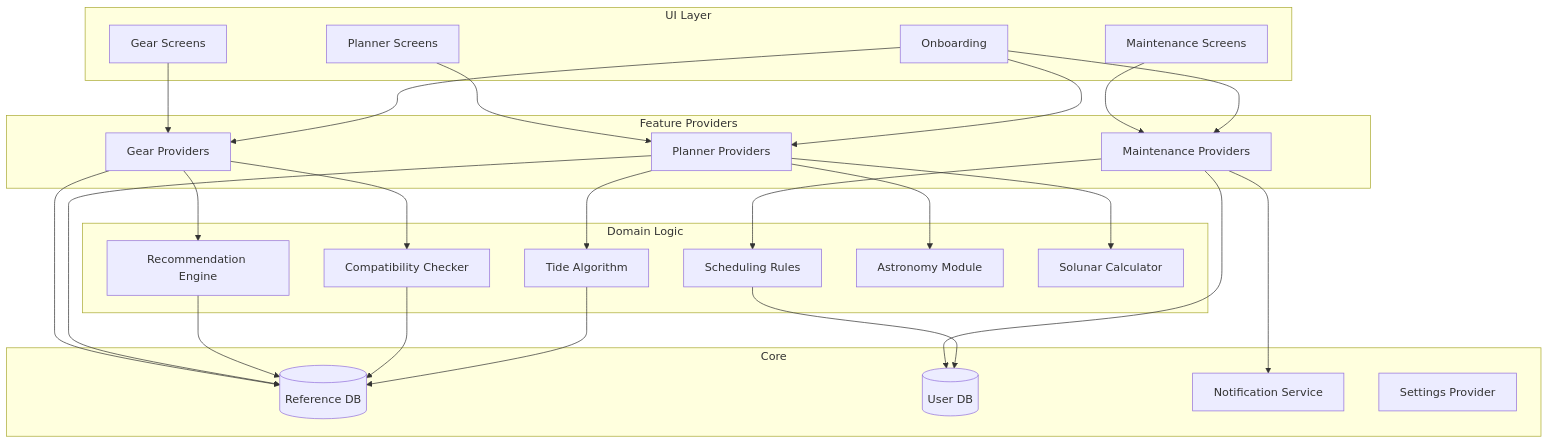
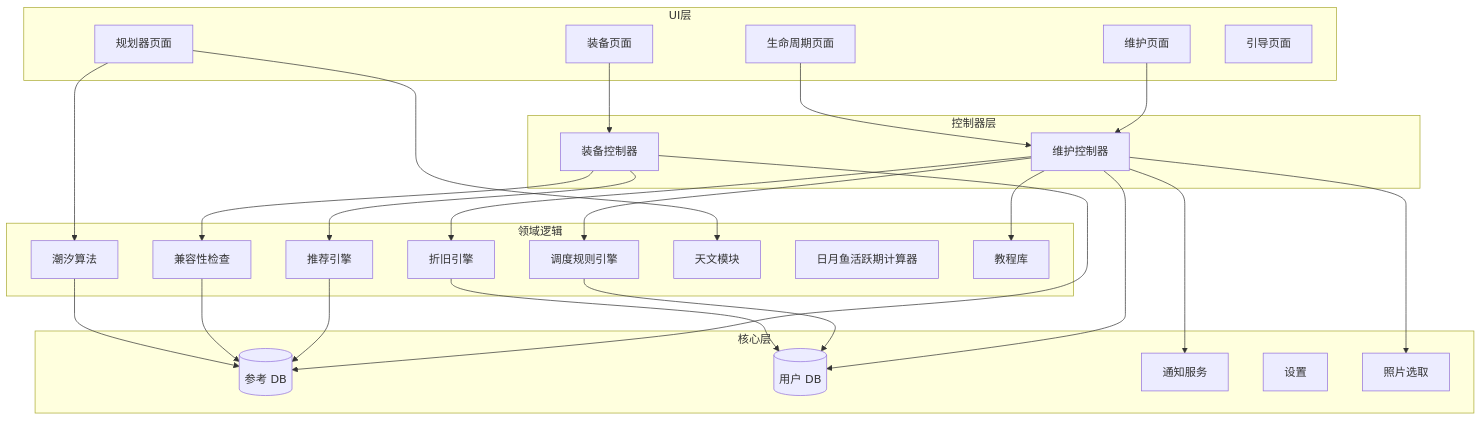
Before and after one commit to AllenNow/GoCasting: the second of 2 diagrams in docs/architecture-GoCasting.md, drawn with Mermaid. The commit also changed other lines of this file and 100 other files, not shown here.

````diff
--- a/docs/architecture-GoCasting.md
+++ b/docs/architecture-GoCasting.md
@@ -222,48 +300,50 @@
 ```mermaid
 graph TB
-    subgraph UI Layer
-        GearUI[Gear Screens]
-        MaintUI[Maintenance Screens]
-        PlanUI[Planner Screens]
-        OnboardUI[Onboarding]
+    subgraph UI层
+        GearUI[装备页面]
+        MaintUI[维护页面]
+        LifecycleUI[生命周期页面]
+        PlanUI[规划器页面]
+        OnboardUI[引导页面]
     end
 
-    subgraph Feature Providers
-        GearP[Gear Providers]
-        MaintP[Maintenance Providers]
-        PlanP[Planner Providers]
+    subgraph 控制器层
+        GearC[装备控制器]
+        MaintC[维护控制器]
     end
 
-    subgraph Domain Logic
-        RecEngine[Recommendation Engine]
-        CompatCheck[Compatibility Checker]
-        SchedEngine[Scheduling Rules]
-        TideAlgo[Tide Algorithm]
-        Astro[Astronomy Module]
-        Solunar[Solunar Calculator]
+    subgraph 领域逻辑
+        RecEngine[推荐引擎]
+        CompatCheck[兼容性检查]
+        SchedEngine[调度规则引擎]
+        DeprecEngine[折旧引擎]
+        TideAlgo[潮汐算法]
+        Astro[天文模块]
+        Solunar[日月鱼活跃期计算器]
+        Tutorials[教程库]
     end
 
-    subgraph Core
-        RefDB[(Reference DB)]
-        UserDB[(User DB)]
-        Notif[Notification Service]
-        Settings[Settings Provider]
+    subgraph 核心层
+        RefDB[(参考 DB)]
+        UserDB[(用户 DB)]
+        Notif[通知服务]
+        Settings[设置]
+        ImgPicker[照片选取]
     end
 
-    GearUI --> GearP
-    MaintUI --> MaintP
-    PlanUI --> PlanP
-    OnboardUI --> GearP & MaintP & PlanP
+    GearUI --> GearC
+    MaintUI --> MaintC
+    LifecycleUI --> MaintC
+    PlanUI --> TideAlgo & Astro
 
-    GearP --> RecEngine & CompatCheck
-    GearP --> RefDB
-    MaintP --> SchedEngine
-    MaintP --> UserDB & Notif
-    PlanP --> TideAlgo & Astro & Solunar
-    PlanP --> RefDB
+    GearC --> RecEngine & CompatCheck
+    GearC --> RefDB
+    MaintC --> SchedEngine & DeprecEngine & Tutorials
+    MaintC --> UserDB & Notif & ImgPicker
 
     RecEngine --> RefDB
     CompatCheck --> RefDB
     SchedEngine --> UserDB
+    DeprecEngine --> UserDB
     TideAlgo --> RefDB
 ```
````
